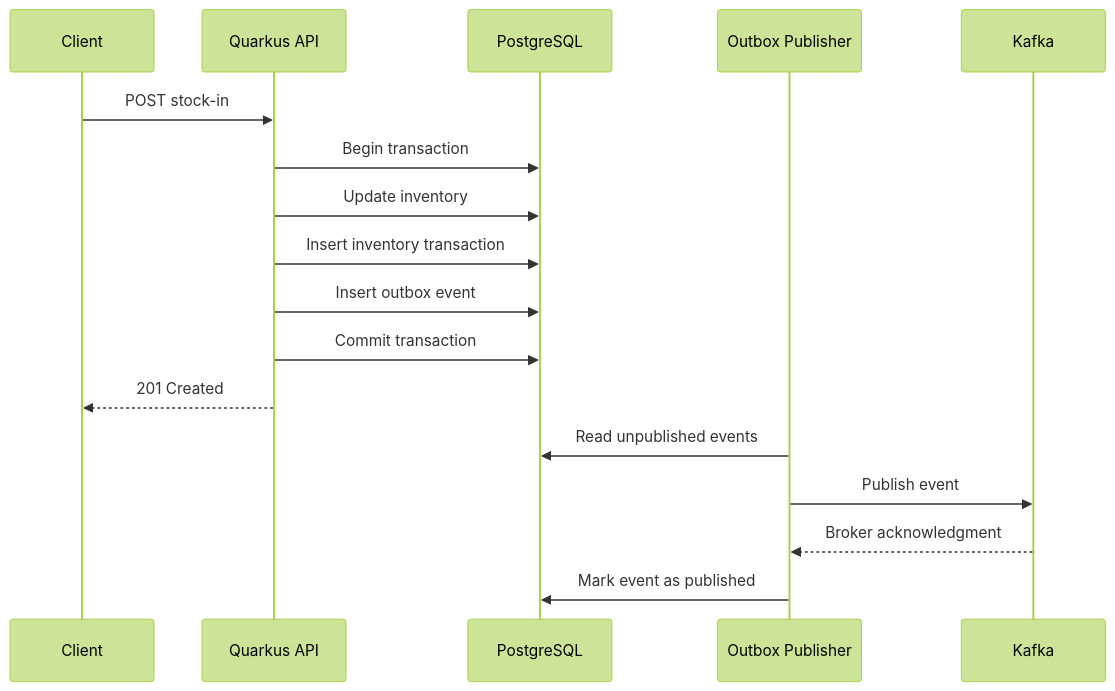
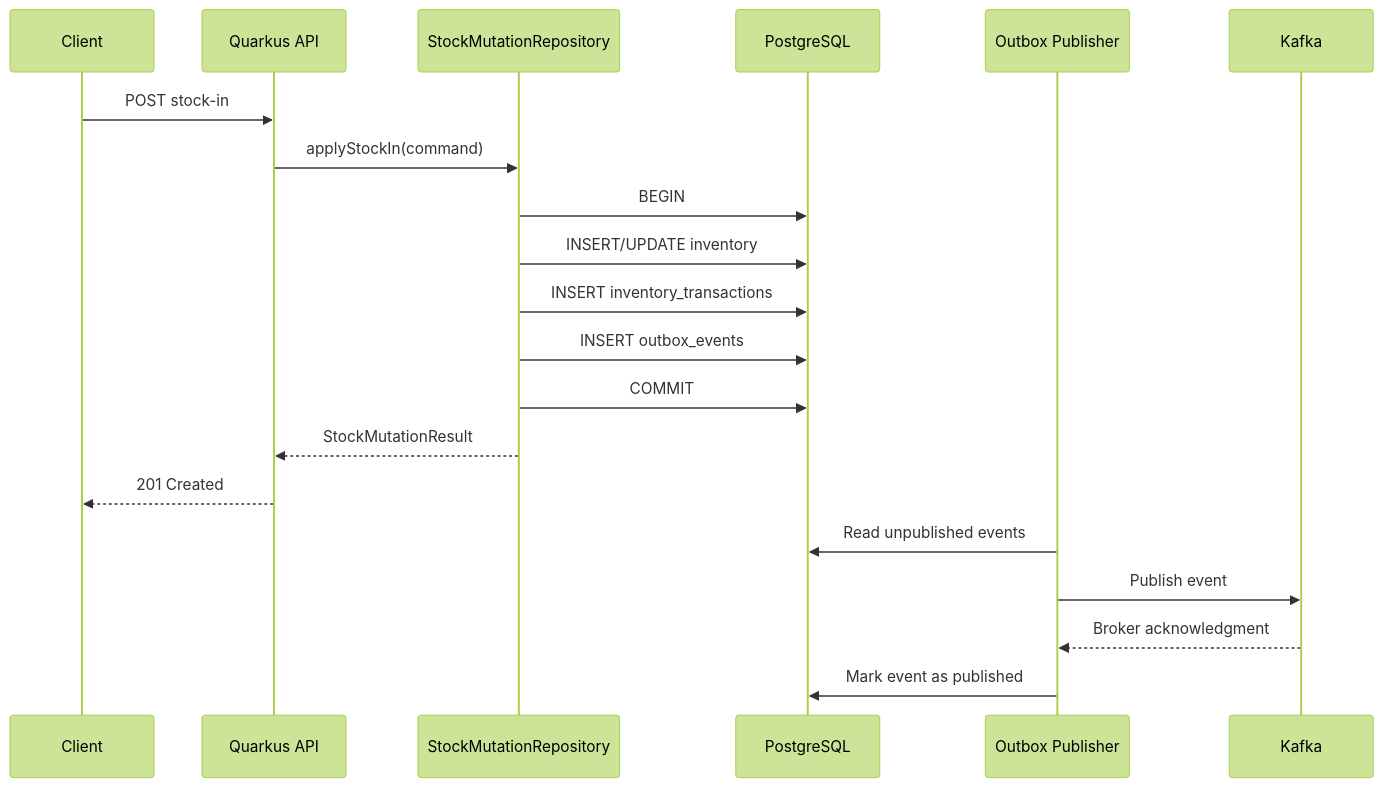
The third of 4 diagrams in docs/architecture-plan.md (nvafandi/StockFlow), drawn with Mermaid (forest theme) before and after one commit. The commit also changed other lines of this file and 4 other files, not shown here.

````diff
--- a/docs/architecture-plan.md
+++ b/docs/architecture-plan.md
@@ -381,20 +441,23 @@
 ```mermaid
 sequenceDiagram
     participant C as Client
     participant API as Quarkus API
+    participant R as StockMutationRepository
     participant DB as PostgreSQL
     participant OB as Outbox Publisher
     participant K as Kafka
 
     C->>API: POST stock-in
-    API->>DB: Begin transaction
-    API->>DB: Update inventory
-    API->>DB: Insert inventory transaction
-    API->>DB: Insert outbox event
-    API->>DB: Commit transaction
+    API->>R: applyStockIn(command)
+    R->>DB: BEGIN
+    R->>DB: INSERT/UPDATE inventory
+    R->>DB: INSERT inventory_transactions
+    R->>DB: INSERT outbox_events
+    R->>DB: COMMIT
+    R-->>API: StockMutationResult
     API-->>C: 201 Created
     OB->>DB: Read unpublished events
     OB->>K: Publish event
     K-->>OB: Broker acknowledgment
     OB->>DB: Mark event as published
 ```
````
